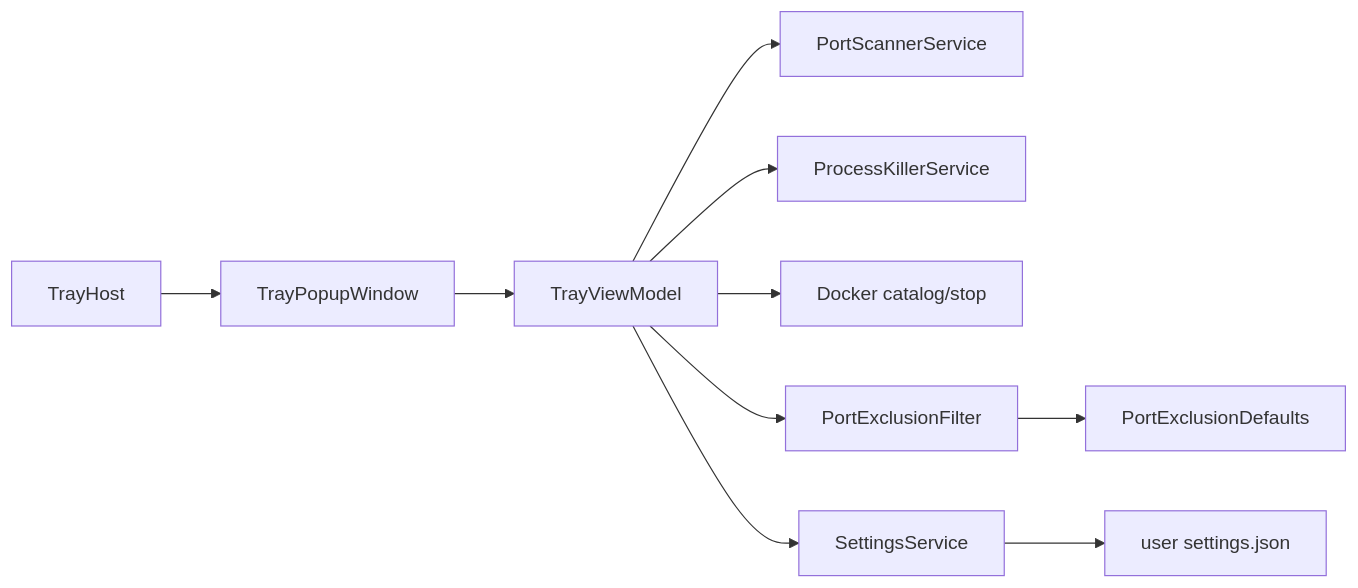
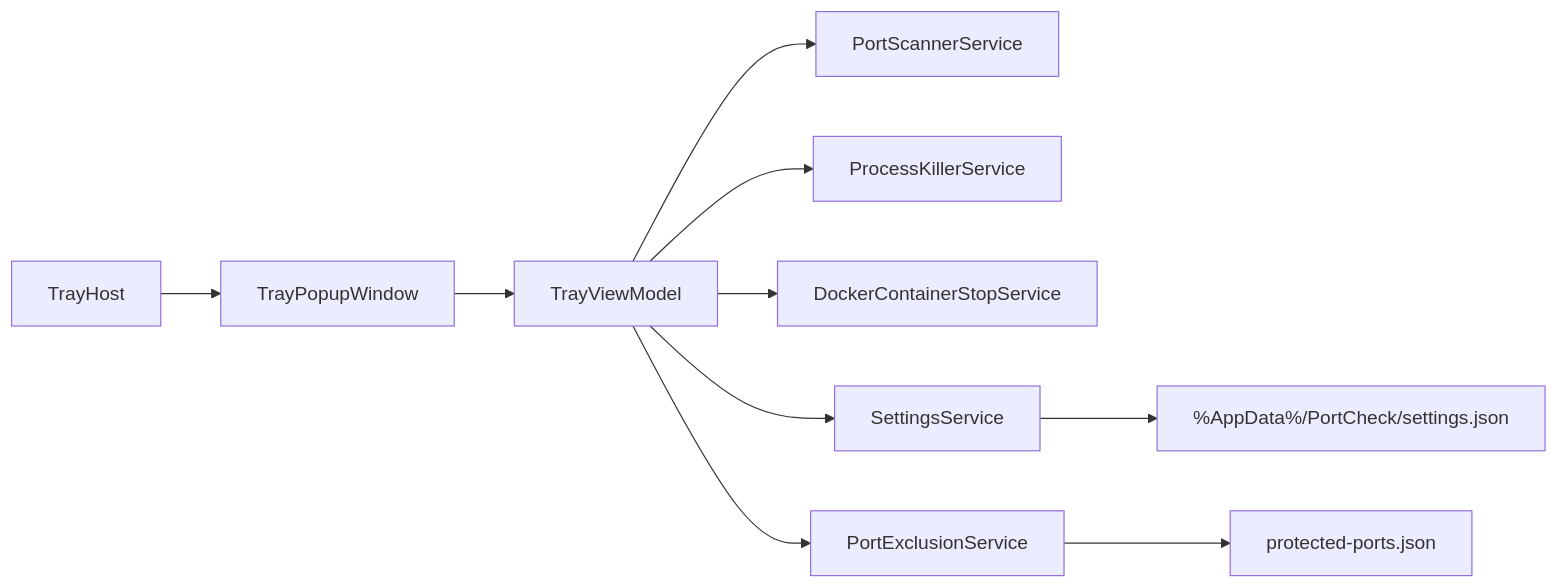
The second of 2 diagrams in docs/implementation-records/260528_settings-subpage-plan.md (c47-dev/port), drawn with Mermaid before and after one commit. The commit also changed other lines of this file and 13 other files, not shown here.

````diff
--- a/docs/implementation-records/260528_settings-subpage-plan.md
+++ b/docs/implementation-records/260528_settings-subpage-plan.md
@@ -205,12 +162,12 @@
 ```mermaid
 flowchart LR
-    Tray[TrayHost] --> Popup[TrayPopupWindow]
-    Popup --> TVM[TrayViewModel]
-    TVM --> Scanner[PortScannerService]
-    TVM --> Killer[ProcessKillerService]
-    TVM --> Docker[Docker catalog/stop]
-    TVM --> Excl[PortExclusionFilter]
-    TVM --> Settings[SettingsService]
-    Settings --> File[user settings.json]
-    Excl --> BuiltIn[PortExclusionDefaults]
+    TrayHost --> Popup["TrayPopupWindow"]
+    Popup --> TVM["TrayViewModel"]
+    TVM --> Scanner["PortScannerService"]
+    TVM --> Killer["ProcessKillerService"]
+    TVM --> DockerStop["DockerContainerStopService"]
+    TVM --> Settings["SettingsService"]
+    TVM --> Exclusion["PortExclusionService"]
+    Exclusion --> Protected["protected-ports.json"]
+    Settings --> UserSettings["%AppData%/PortCheck/settings.json"]
 ```
````
